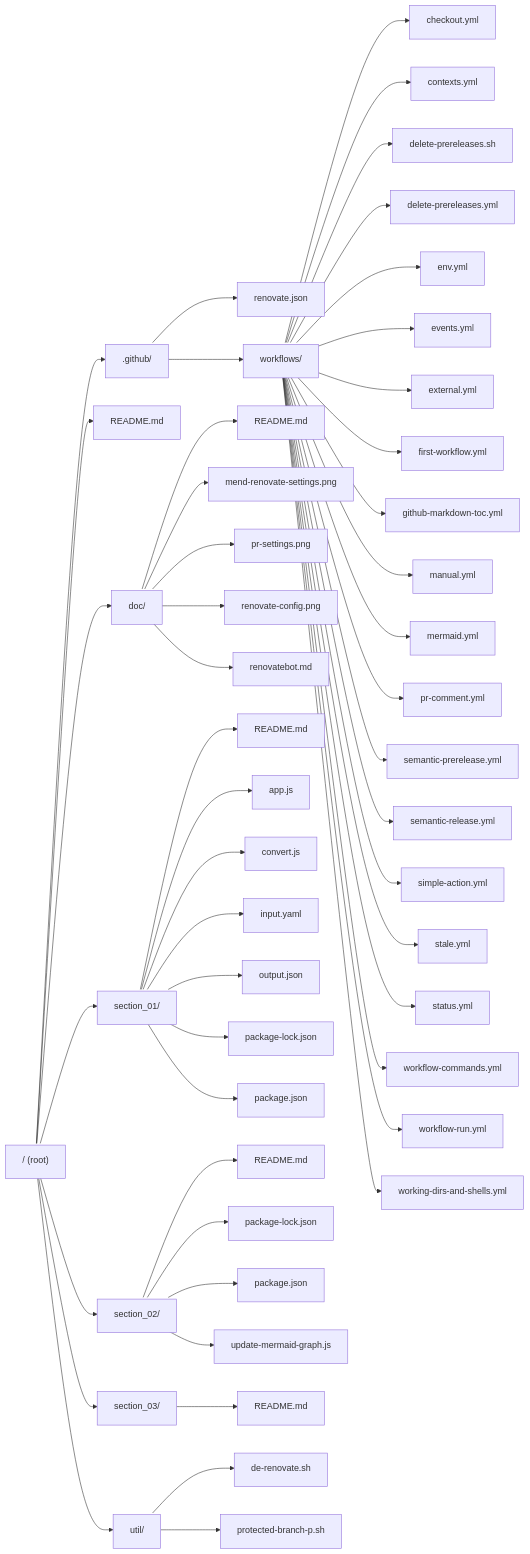
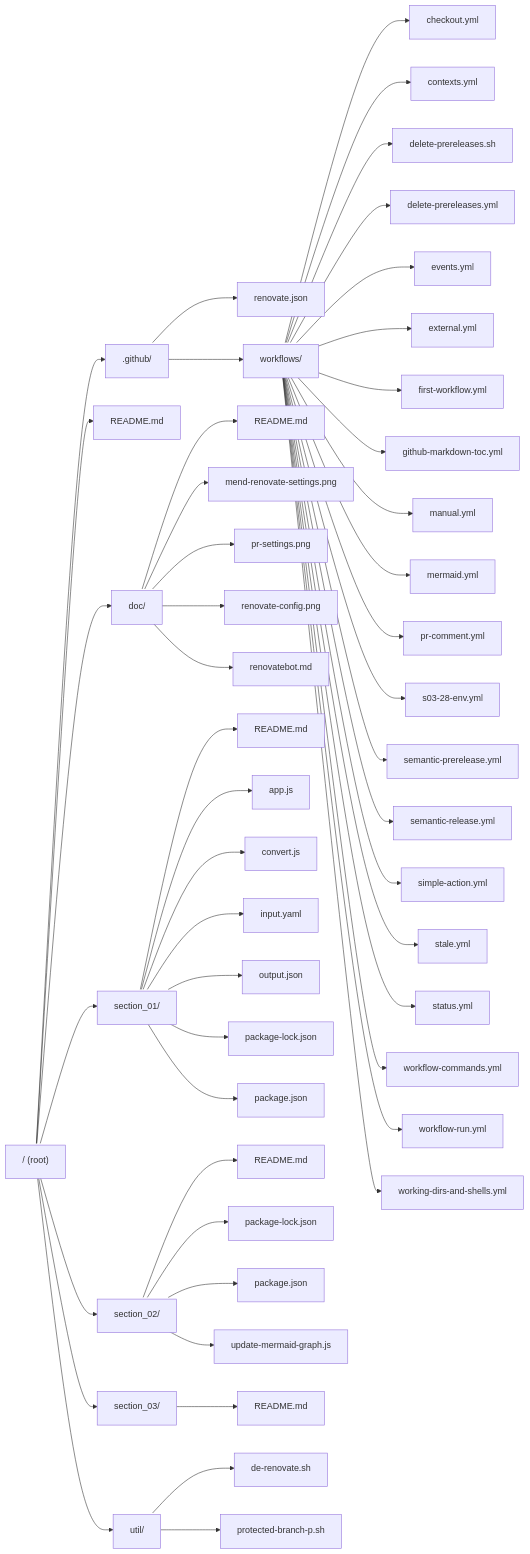
The diagram in README.md (allenhub-net/The--Complete--Github--Actions--and--Workflows--Guide), drawn with Mermaid before and after one commit.

Commit message:
chore: update Mermaid graph in README.md

````diff
--- a/README.md
+++ b/README.md
@@ -78,56 +78,56 @@
 ```mermaid
 
 %% Repository Structure
 graph LR;
     %% Double vertical spacing
     classDef doubledSpacing height:60px;
     ROOT["/ (root)"]:::doubledSpacing
     ROOT --> ._GITHUB[".github/"]:::doubledSpacing
     ._GITHUB --> ..GITHUB_RENOVATEJSON["renovate.json"]:::doubledSpacing
     ._GITHUB --> ..GITHUB_WORKFLOWS["workflows/"]:::doubledSpacing
     ..GITHUB_WORKFLOWS --> ..GITHUBWORKFLOWS_CHECKOUTYML["checkout.yml"]:::doubledSpacing
     ..GITHUB_WORKFLOWS --> ..GITHUBWORKFLOWS_CONTEXTSYML["contexts.yml"]:::doubledSpacing
     ..GITHUB_WORKFLOWS --> ..GITHUBWORKFLOWS_DELETEPRERELEASESSH["delete-prereleases.sh"]:::doubledSpacing
     ..GITHUB_WORKFLOWS --> ..GITHUBWORKFLOWS_DELETEPRERELEASESYML["delete-prereleases.yml"]:::doubledSpacing
-    ..GITHUB_WORKFLOWS --> ..GITHUBWORKFLOWS_ENVYML["env.yml"]:::doubledSpacing
     ..GITHUB_WORKFLOWS --> ..GITHUBWORKFLOWS_EVENTSYML["events.yml"]:::doubledSpacing
     ..GITHUB_WORKFLOWS --> ..GITHUBWORKFLOWS_EXTERNALYML["external.yml"]:::doubledSpacing
     ..GITHUB_WORKFLOWS --> ..GITHUBWORKFLOWS_FIRSTWORKFLOWYML["first-workflow.yml"]:::doubledSpacing
     ..GITHUB_WORKFLOWS --> ..GITHUBWORKFLOWS_GITHUBMARKDOWNTOCYML["github-markdown-toc.yml"]:::doubledSpacing
     ..GITHUB_WORKFLOWS --> ..GITHUBWORKFLOWS_MANUALYML["manual.yml"]:::doubledSpacing
     ..GITHUB_WORKFLOWS --> ..GITHUBWORKFLOWS_MERMAIDYML["mermaid.yml"]:::doubledSpacing
     ..GITHUB_WORKFLOWS --> ..GITHUBWORKFLOWS_PRCOMMENTYML["pr-comment.yml"]:::doubledSpacing
+    ..GITHUB_WORKFLOWS --> ..GITHUBWORKFLOWS_S0328ENVYML["s03-28-env.yml"]:::doubledSpacing
     ..GITHUB_WORKFLOWS --> ..GITHUBWORKFLOWS_SEMANTICPRERELEASEYML["semantic-prerelease.yml"]:::doubledSpacing
     ..GITHUB_WORKFLOWS --> ..GITHUBWORKFLOWS_SEMANTICRELEASEYML["semantic-release.yml"]:::doubledSpacing
     ..GITHUB_WORKFLOWS --> ..GITHUBWORKFLOWS_SIMPLEACTIONYML["simple-action.yml"]:::doubledSpacing
     ..GITHUB_WORKFLOWS --> ..GITHUBWORKFLOWS_STALEYML["stale.yml"]:::doubledSpacing
     ..GITHUB_WORKFLOWS --> ..GITHUBWORKFLOWS_STATUSYML["status.yml"]:::doubledSpacing
     ..GITHUB_WORKFLOWS --> ..GITHUBWORKFLOWS_WORKFLOWCOMMANDSYML["workflow-commands.yml"]:::doubledSpacing
     ..GITHUB_WORKFLOWS --> ..GITHUBWORKFLOWS_WORKFLOWRUNYML["workflow-run.yml"]:::doubledSpacing
     ..GITHUB_WORKFLOWS --> ..GITHUBWORKFLOWS_WORKINGDIRSANDSHELLSYML["working-dirs-and-shells.yml"]:::doubledSpacing
     ROOT --> ._READMEMD["README.md"]:::doubledSpacing
     ROOT --> ._DOC["doc/"]:::doubledSpacing
     ._DOC --> .DOC_READMEMD["README.md"]:::doubledSpacing
     ._DOC --> .DOC_MENDRENOVATESETTINGSPNG["mend-renovate-settings.png"]:::doubledSpacing
     ._DOC --> .DOC_PRSETTINGSPNG["pr-settings.png"]:::doubledSpacing
     ._DOC --> .DOC_RENOVATECONFIGPNG["renovate-config.png"]:::doubledSpacing
     ._DOC --> .DOC_RENOVATEBOTMD["renovatebot.md"]:::doubledSpacing
     ROOT --> ._SECTION_01["section_01/"]:::doubledSpacing
     ._SECTION_01 --> .SECTION_01_READMEMD["README.md"]:::doubledSpacing
     ._SECTION_01 --> .SECTION_01_APPJS["app.js"]:::doubledSpacing
     ._SECTION_01 --> .SECTION_01_CONVERTJS["convert.js"]:::doubledSpacing
     ._SECTION_01 --> .SECTION_01_INPUTYAML["input.yaml"]:::doubledSpacing
     ._SECTION_01 --> .SECTION_01_OUTPUTJSON["output.json"]:::doubledSpacing
     ._SECTION_01 --> .SECTION_01_PACKAGELOCKJSON["package-lock.json"]:::doubledSpacing
     ._SECTION_01 --> .SECTION_01_PACKAGEJSON["package.json"]:::doubledSpacing
     ROOT --> ._SECTION_02["section_02/"]:::doubledSpacing
     ._SECTION_02 --> .SECTION_02_READMEMD["README.md"]:::doubledSpacing
     ._SECTION_02 --> .SECTION_02_PACKAGELOCKJSON["package-lock.json"]:::doubledSpacing
     ._SECTION_02 --> .SECTION_02_PACKAGEJSON["package.json"]:::doubledSpacing
     ._SECTION_02 --> .SECTION_02_UPDATEMERMAIDGRAPHJS["update-mermaid-graph.js"]:::doubledSpacing
     ROOT --> ._SECTION_03["section_03/"]:::doubledSpacing
     ._SECTION_03 --> .SECTION_03_READMEMD["README.md"]:::doubledSpacing
     ROOT --> ._UTIL["util/"]:::doubledSpacing
     ._UTIL --> .UTIL_DERENOVATESH["de-renovate.sh"]:::doubledSpacing
     ._UTIL --> .UTIL_PROTECTEDBRANCHPSH["protected-branch-p.sh"]:::doubledSpacing
 ```
````
